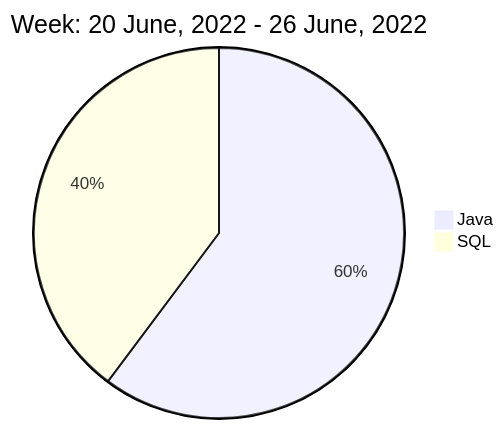
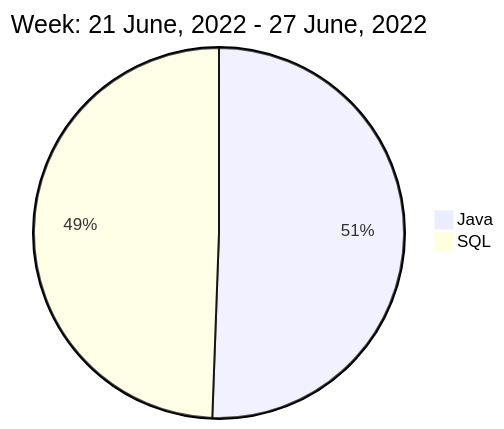
One commit to liubin95/liubin95 changed the diagram in README.md. Above: the diagram before and after it, drawn with Mermaid.

Commit message:
Updated the Graph with new Metrics

````diff
--- a/README.md
+++ b/README.md
@@ -40,6 +40,6 @@
 ```mermaid
  pie
-title Week: 20 June, 2022 - 26 June, 2022
- "Java" : 6.92
- "SQL" : 4.57
+title Week: 21 June, 2022 - 27 June, 2022
+ "Java" : 3.07
+ "SQL" : 3.0
 ```
````
